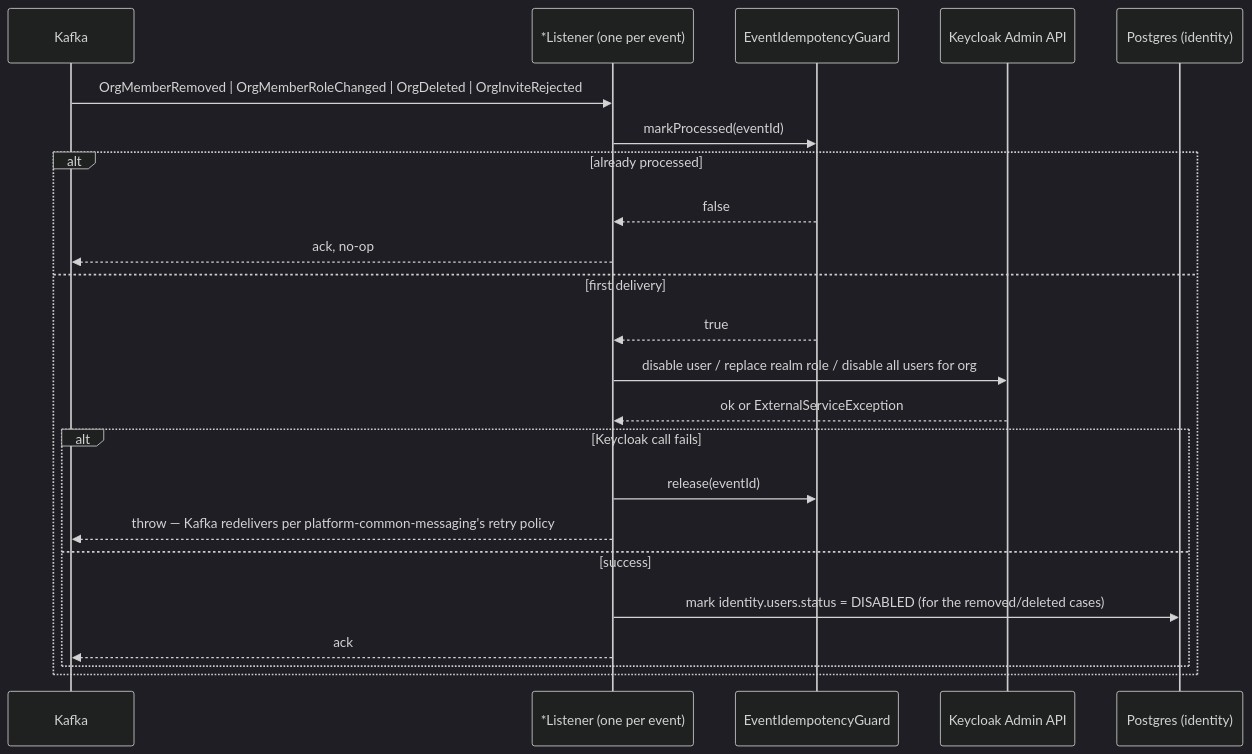
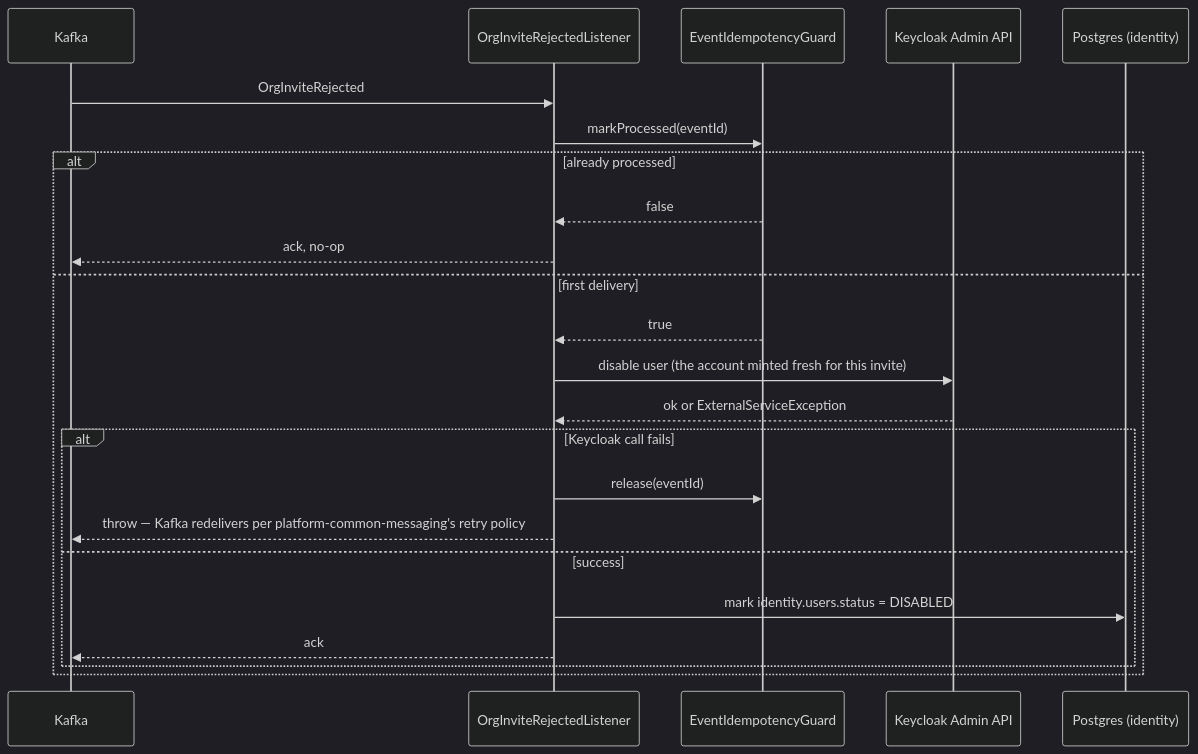
The seventh of 8 diagrams in docs/identity-service/ARCHITECTURE.md (Wamitinewton/Pallet.io), drawn with Mermaid (dark theme) before and after one commit. The commit also changed other lines of this file and 51 other files, not shown here.

First line of the commit message:
feat(org-team): let one account belong to many orgs

````diff
--- a/docs/identity-service/ARCHITECTURE.md
+++ b/docs/identity-service/ARCHITECTURE.md
@@ -667,26 +701,26 @@
 ```mermaid
 sequenceDiagram
     participant K as Kafka
-    participant L as *Listener (one per event)
+    participant L as OrgInviteRejectedListener
     participant G as EventIdempotencyGuard
     participant KC as Keycloak Admin API
     participant DB as Postgres (identity)
 
-    K->>L: OrgMemberRemoved | OrgMemberRoleChanged | OrgDeleted | OrgInviteRejected
+    K->>L: OrgInviteRejected
     L->>G: markProcessed(eventId)
     alt already processed
         G-->>L: false
         L-->>K: ack, no-op
     else first delivery
         G-->>L: true
-        L->>KC: disable user / replace realm role / disable all users for org
+        L->>KC: disable user (the account minted fresh for this invite)
         KC-->>L: ok or ExternalServiceException
         alt Keycloak call fails
             L->>G: release(eventId)
             L-->>K: throw — Kafka redelivers per platform-common-messaging's retry policy
         else success
-            L->>DB: mark identity.users.status = DISABLED (for the removed/deleted cases)
+            L->>DB: mark identity.users.status = DISABLED
             L-->>K: ack
         end
     end
 ```
````
